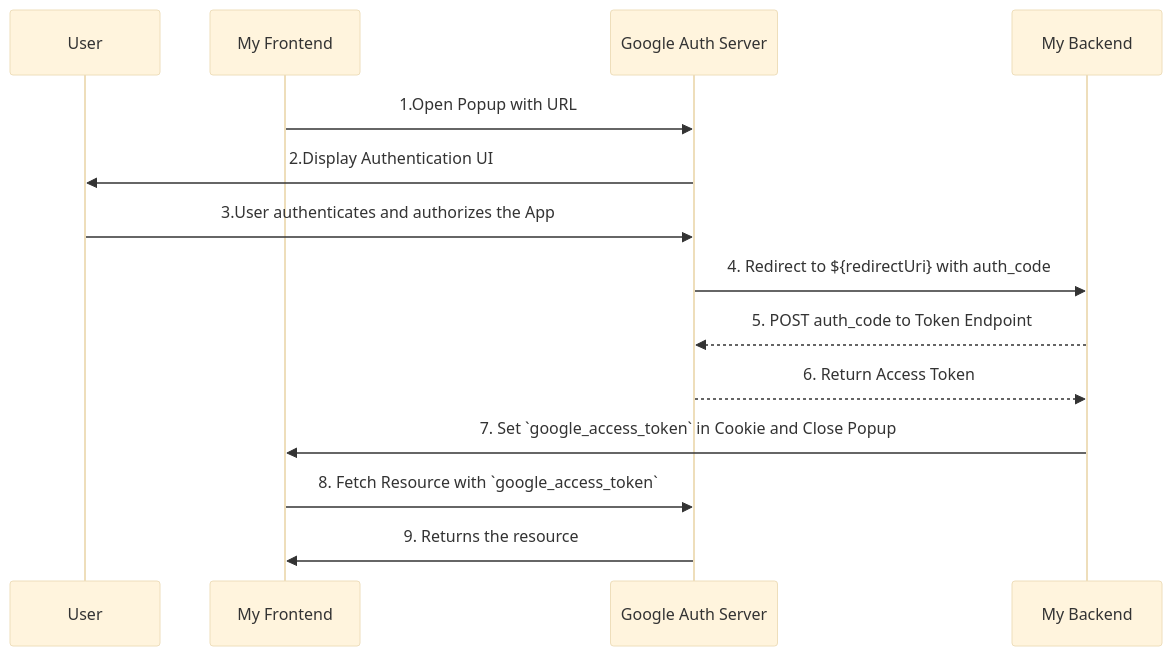
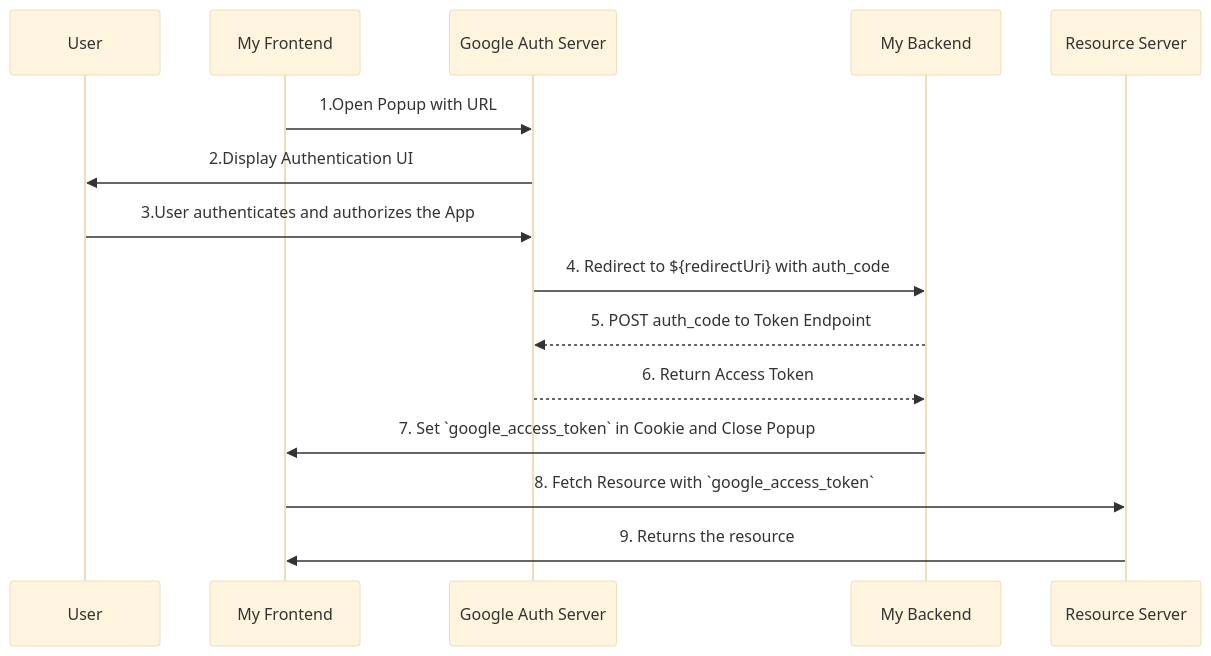
One commit to asgarov1/oauth2-demo changed the diagram in README.md. Above: the diagram before and after it, drawn with Mermaid (base theme).

Commit message:
refactoring readme

````diff
--- a/README.md
+++ b/README.md
@@ -53,17 +53,18 @@
 ```mermaid
 sequenceDiagram
     participant User
     participant FE as My Frontend
     participant Google as Google Auth Server
     participant BE as My Backend
+    participant RS as Resource Server
 
     FE->>Google: 1.Open Popup with URL
     Google->>User: 2.Display Authentication UI
     User->>Google: 3.User authenticates and authorizes the App
     Google->>BE: 4. Redirect to ${redirectUri} with auth_code
     BE-->>Google: 5. POST auth_code to Token Endpoint
     Google-->>BE: 6. Return Access Token
     BE->>FE: 7. Set `google_access_token` in Cookie and Close Popup
-    FE->>Google: 8. Fetch Resource with `google_access_token`
-    Google->>FE: 9. Returns the resource
+    FE->>RS: 8. Fetch Resource with `google_access_token`
+    RS->>FE: 9. Returns the resource
 ```
````
